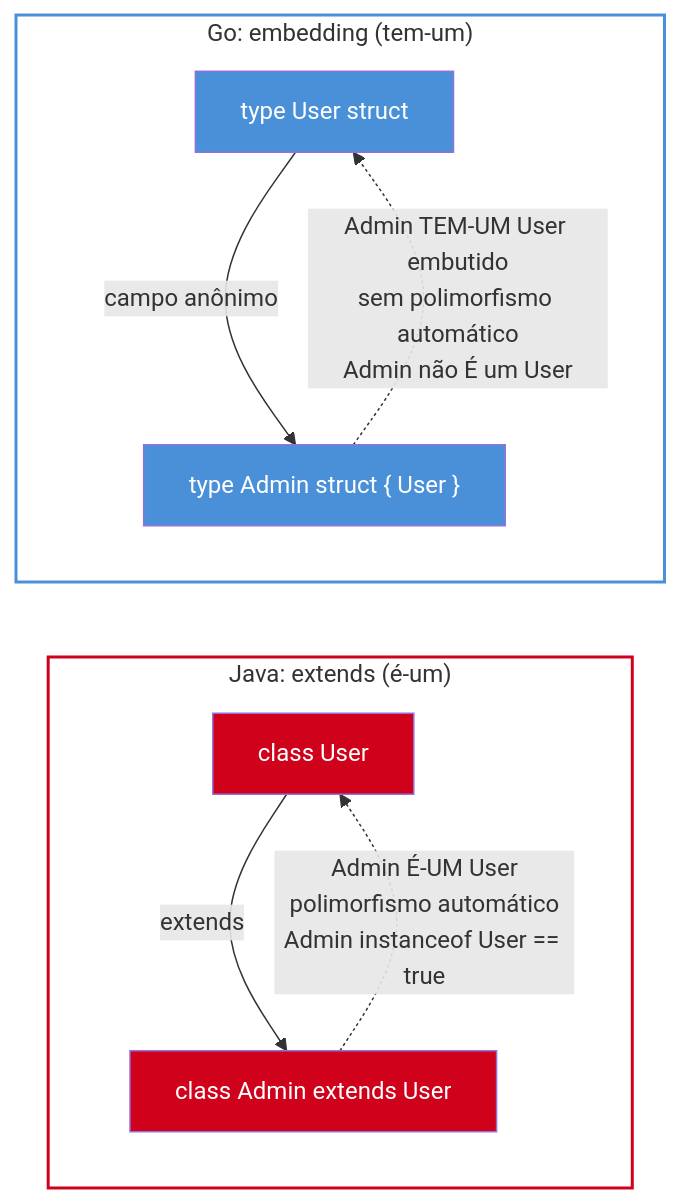
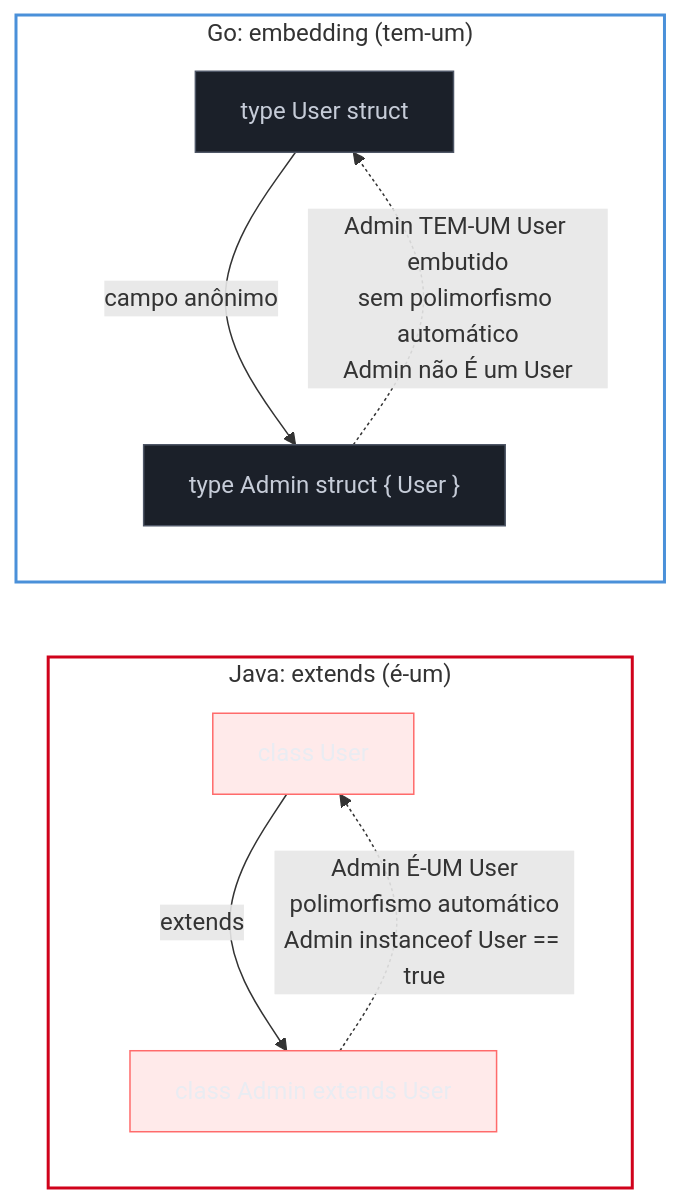
Before and after one commit to josenaldo/codex-technomanticus: the second of 4 diagrams in 03-Dominios/Tecnologia/Go/02 - Tipos, structs e métodos/05 - Composição por embedding.md, drawn with Mermaid. The commit also changed other lines of this file and 1181 other files, not shown here.

First line of the commit message:
fix(diagramas): paleta do sistema no lugar de cor cravada no markdown

````diff
--- a/03-Dominios/Tecnologia/Go/02 - Tipos, structs e métodos/05 - Composição por embedding.md
+++ b/03-Dominios/Tecnologia/Go/02 - Tipos, structs e métodos/05 - Composição por embedding.md
@@ -188,21 +189,23 @@
 ```mermaid
 flowchart LR
+    classDef falha fill:#FF6B6B24,stroke:#FF6B6B,color:#E9ECF2
+    classDef neutro fill:#1B2029,stroke:#4E5666,color:#C6CCD8
     subgraph Java["Java: extends (é-um)"]
         direction TB
         UJ["class User"] -->|"extends"| AJ["class Admin extends User"]
         AJ -.->|"Admin É-UM User\npolimorfismo automático\nAdmin instanceof User == true"| UJ
     end
 
     subgraph Go["Go: embedding (tem-um)"]
         direction TB
         UG["type User struct"] -->|"campo anônimo"| AG["type Admin struct { User }"]
         AG -.->|"Admin TEM-UM User embutido\nsem polimorfismo automático\nAdmin não É um User"| UG
     end
 
     style Java fill:none,stroke:#D0021B,stroke-width:2px
     style Go fill:none,stroke:#4A90D9,stroke-width:2px
-    style UJ fill:#D0021B,color:#fff
-    style AJ fill:#D0021B,color:#fff
-    style UG fill:#4A90D9,color:#fff
-    style AG fill:#4A90D9,color:#fff
+    class UJ falha
+    class AJ falha
+    class UG neutro
+    class AG neutro
 ```
````
